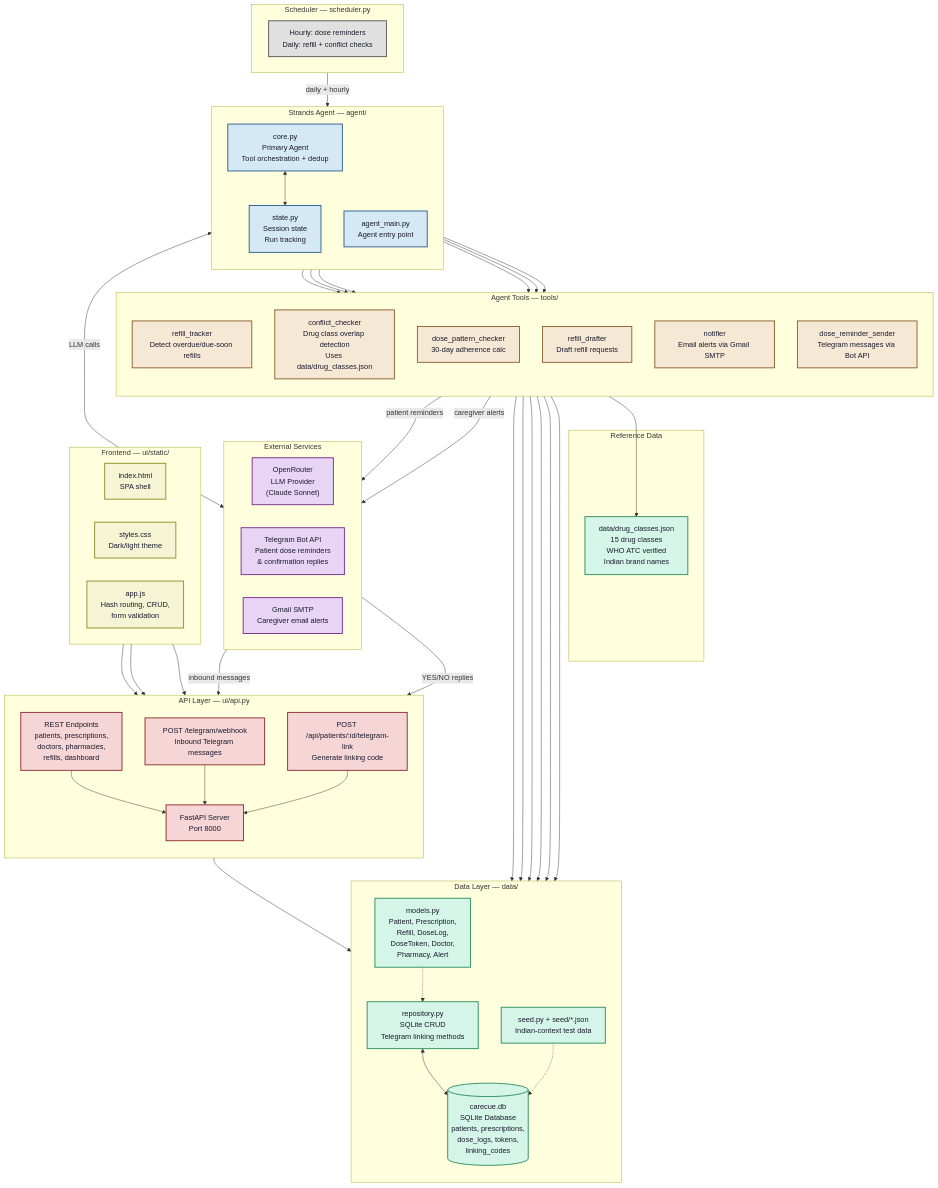
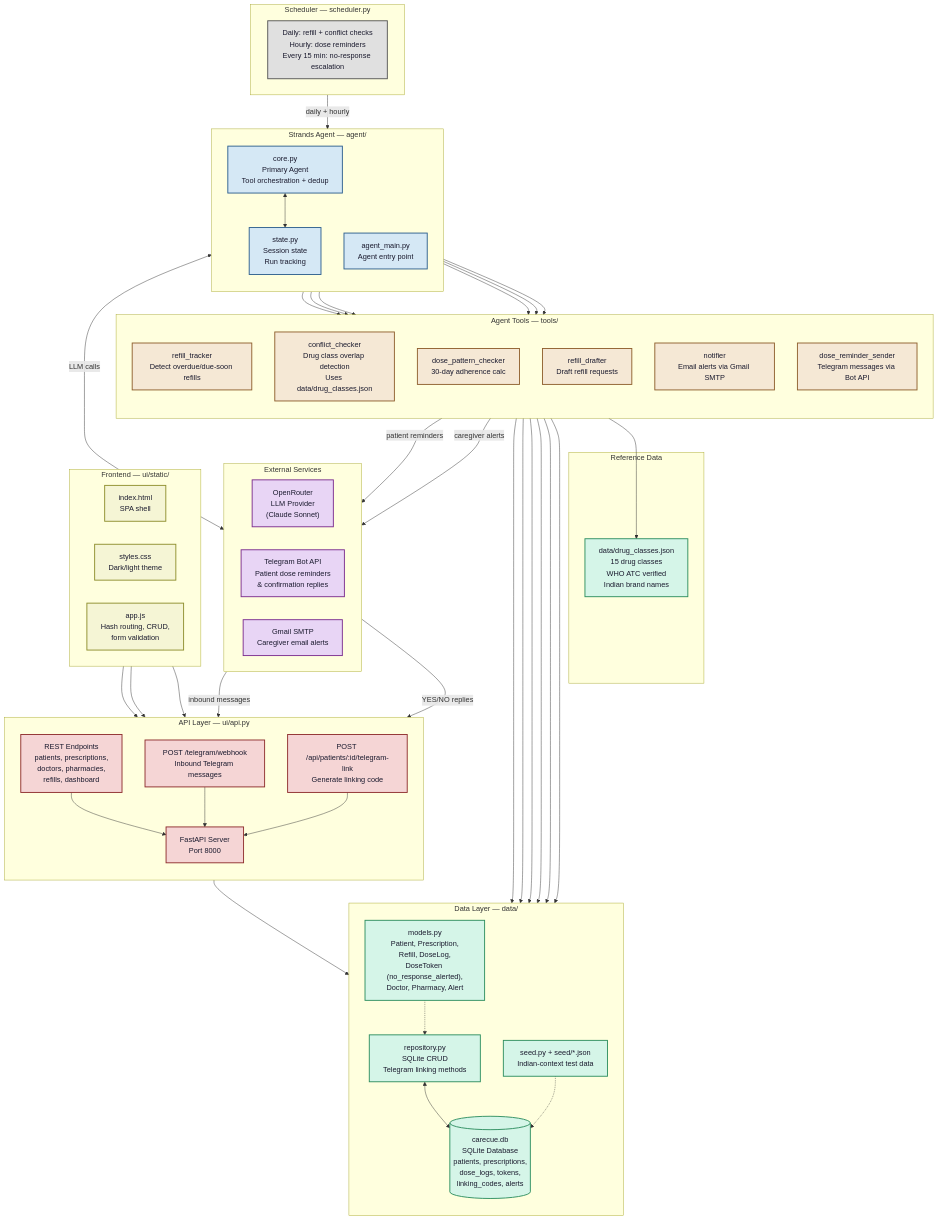
The diagram in docs/architecture.md (Biswajit-17/CareCue-Agent), drawn with Mermaid before and after one commit. The commit also changed other lines of this file and 6 other files, not shown here.

Commit message:
Feature: Reminder to caregiver if no response from patient

```diff
--- a/docs/architecture.md
+++ b/docs/architecture.md
@@ -11,7 +11,7 @@
 
     subgraph Scheduler["Scheduler — scheduler.py"]
         direction LR
-        SCHED["Hourly: dose reminders<br/>Daily: refill + conflict checks"]
+        SCHED["Daily: refill + conflict checks<br/>Hourly: dose reminders<br/>Every 15 min: no-response escalation"]
     end
 
     subgraph Agent["Strands Agent — agent/"]
@@ -38,8 +38,8 @@
     subgraph Data["Data Layer — data/"]
         direction TB
         REPO["repository.py<br/>SQLite CRUD<br/>Telegram linking methods"]
-        DB[("carecue.db<br/>SQLite Database<br/>patients, prescriptions,<br/>dose_logs, tokens,<br/>linking_codes")]
-        MODELS["models.py<br/>Patient, Prescription,<br/>Refill, DoseLog,<br/>DoseToken, Doctor,<br/>Pharmacy, Alert"]
+        DB[("carecue.db<br/>SQLite Database<br/>patients, prescriptions,<br/>dose_logs, tokens,<br/>linking_codes, alerts")]
+        MODELS["models.py<br/>Patient, Prescription,<br/>Refill, DoseLog,<br/>DoseToken (no_response_alerted),<br/>Doctor, Pharmacy, Alert"]
         SEED["seed.py + seed/*.json<br/>Indian-context test data"]
     end
 
```
